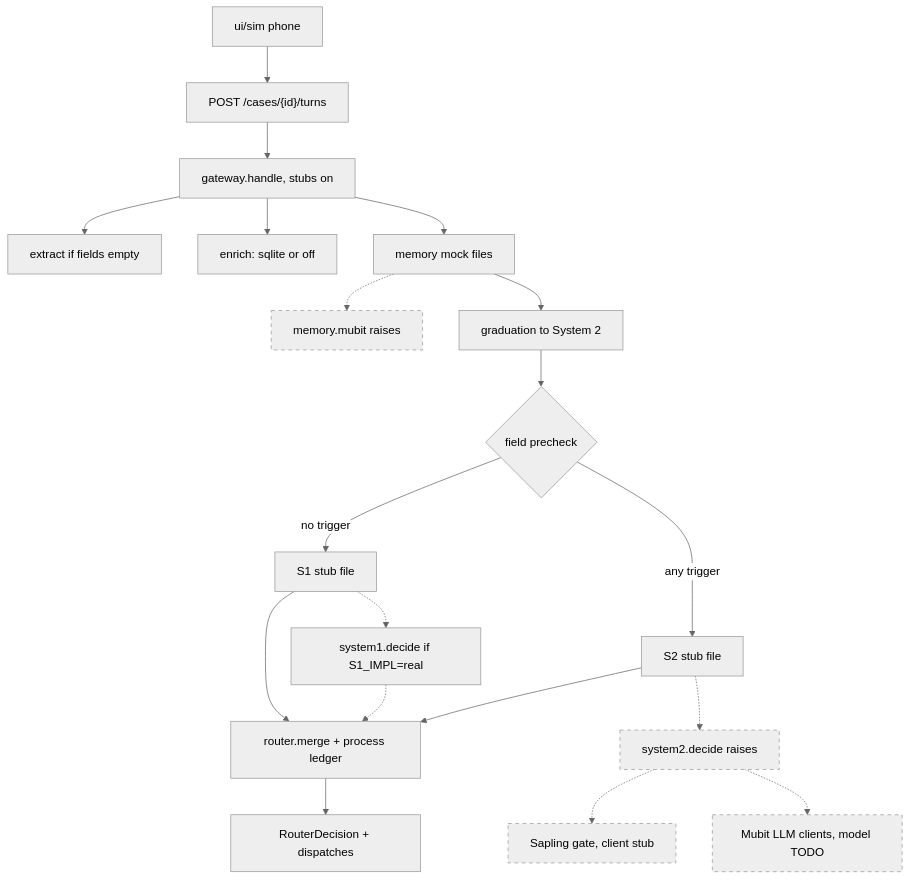
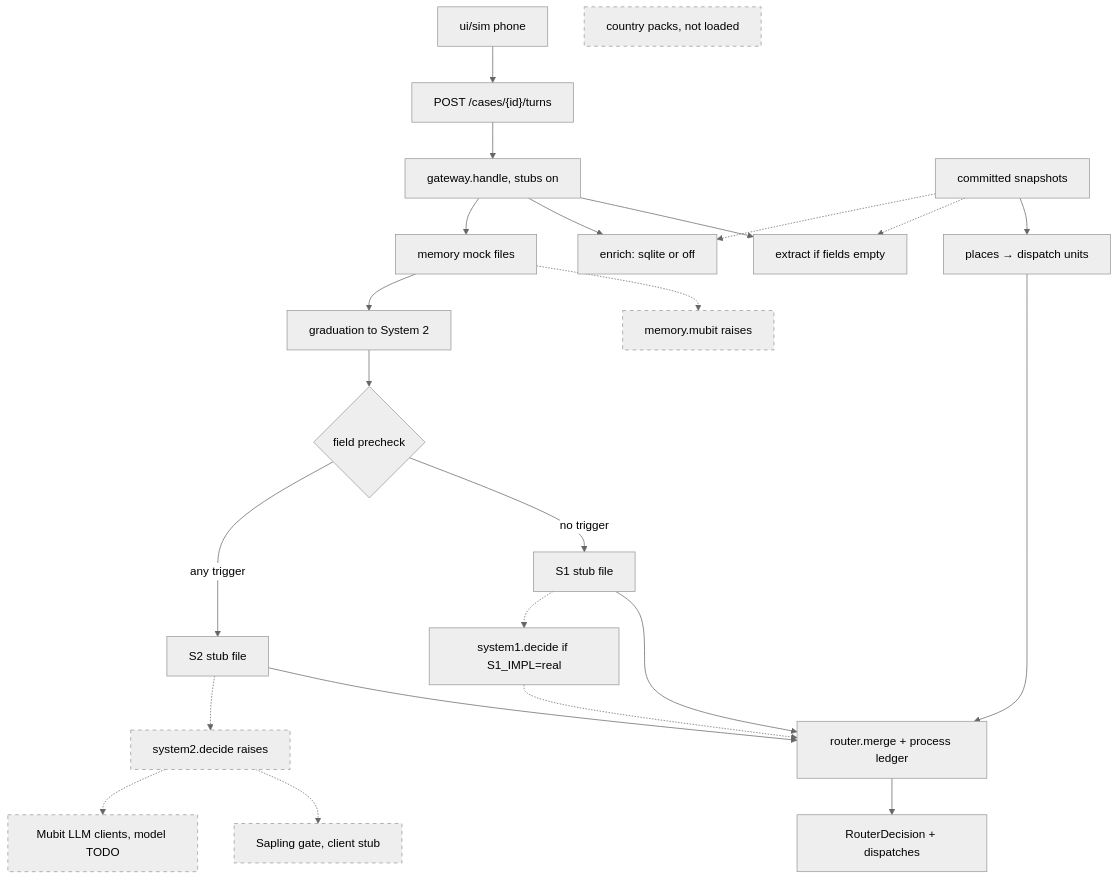
Before and after one commit to melaniepreen/Baan-Safe: the first of 2 diagrams in BaanSafe_Revised_Architecture.md, drawn with Mermaid (neutral theme). The commit also changed other lines of this file and 1 other file, not shown here.

First line of the commit message:
docs: refresh architecture diagram (7c506d7)

````diff
--- a/BaanSafe_Revised_Architecture.md
+++ b/BaanSafe_Revised_Architecture.md
@@ -20,22 +20,27 @@
 ```mermaid
 flowchart TD
   classDef unwired stroke-dasharray: 5 5
   phone["ui/sim phone"] --> turns["POST /cases/{id}/turns"]
   turns --> gw["gateway.handle, stubs on"]
   gw --> extract["extract if fields empty"]
   gw --> enrich["enrich: sqlite or off"]
   gw --> mem["memory mock files"]
   mem -.-> mm["memory.mubit raises"]:::unwired
   mem --> grad["graduation to System 2"]
   grad --> pick{"field precheck"}
   pick -->|no trigger| s1["S1 stub file"]
   pick -->|any trigger| s2["S2 stub file"]
   s1 --> merge["router.merge + process ledger"]
   s2 --> merge
+  snap["committed snapshots"] --> places["places → dispatch units"]
+  places --> merge
+  snap -.-> extract
+  snap -.-> enrich
   merge --> out["RouterDecision + dispatches"]
   s1 -.-> rules["system1.decide if S1_IMPL=real"]
   rules -.-> merge
   s2 -.-> s2d["system2.decide raises"]:::unwired
   s2d -.-> sap["Sapling gate, client stub"]:::unwired
   s2d -.-> llm["Mubit LLM clients, model TODO"]:::unwired
+  packs["country packs, not loaded"]:::unwired
 ```
````
